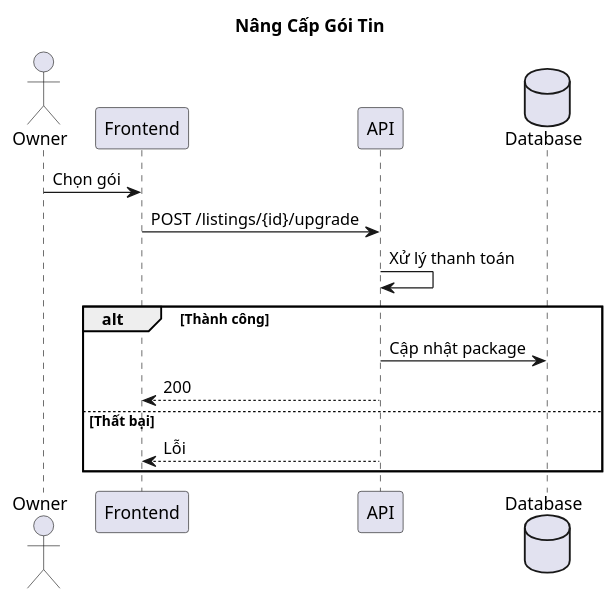
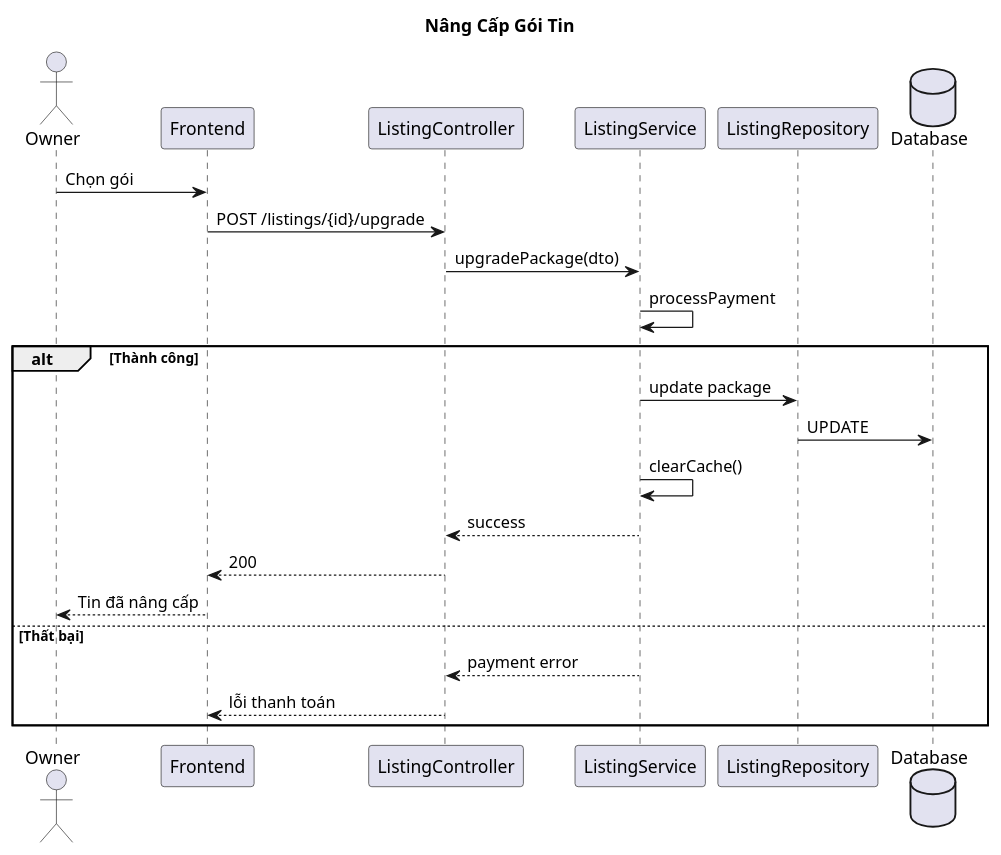
The diagram in docs/sequence-diagram-nang-cap-goi-tin.md (BuiThaiBao/Propify), drawn with PlantUML before and after one commit. The commit also changed other lines of this file and 11 other files, not shown here.

Commit message:
feat: update sequence diagrams to reflect 3-layer architecture and detailed interactions

````diff
--- a/docs/sequence-diagram-nang-cap-goi-tin.md
+++ b/docs/sequence-diagram-nang-cap-goi-tin.md
@@ -3,20 +3,28 @@
 ```plantuml
 @startuml
 title Nâng Cấp Gói Tin
 
 actor "Owner" as Owner
 participant "Frontend" as FE
-participant "API" as API
+participant "ListingController" as Controller
+participant "ListingService" as Service
+participant "ListingRepository" as Repo
 database "Database" as DB
 
 Owner -> FE: Chọn gói
-FE -> API: POST /listings/{id}/upgrade
-API -> API: Xử lý thanh toán
+FE -> Controller: POST /listings/{id}/upgrade
+Controller -> Service: upgradePackage(dto)
+Service -> Service: processPayment
 alt Thành công
-  API -> DB: Cập nhật package
-  API --> FE: 200
+  Service -> Repo: update package
+  Repo -> DB: UPDATE
+  Service -> Service: clearCache()
+  Service --> Controller: success
+  Controller --> FE: 200
+  FE --> Owner: Tin đã nâng cấp
 else Thất bại
-  API --> FE: Lỗi
+  Service --> Controller: payment error
+  Controller --> FE: lỗi thanh toán
 end
 @enduml
 ```
````
